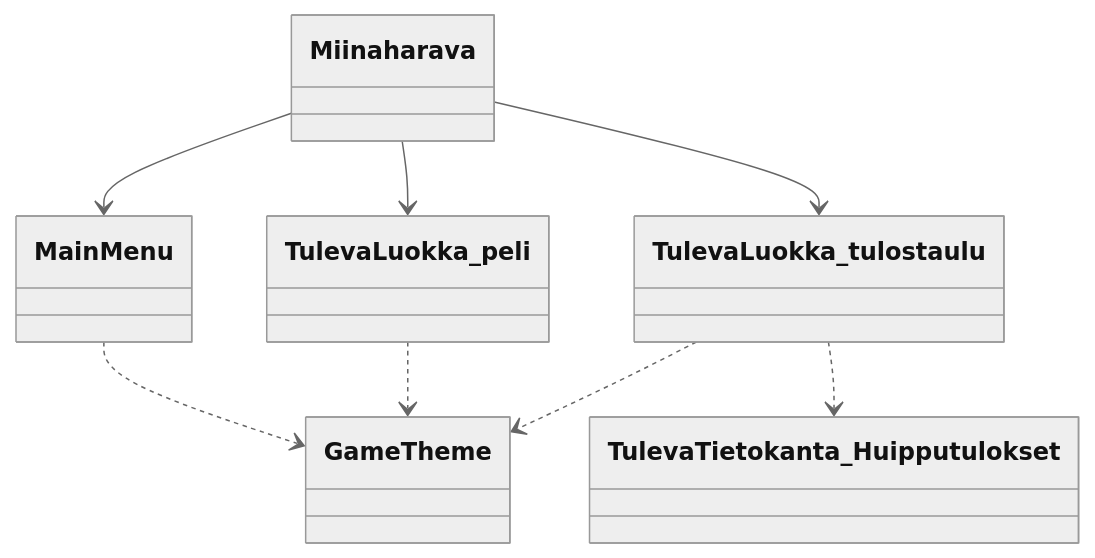
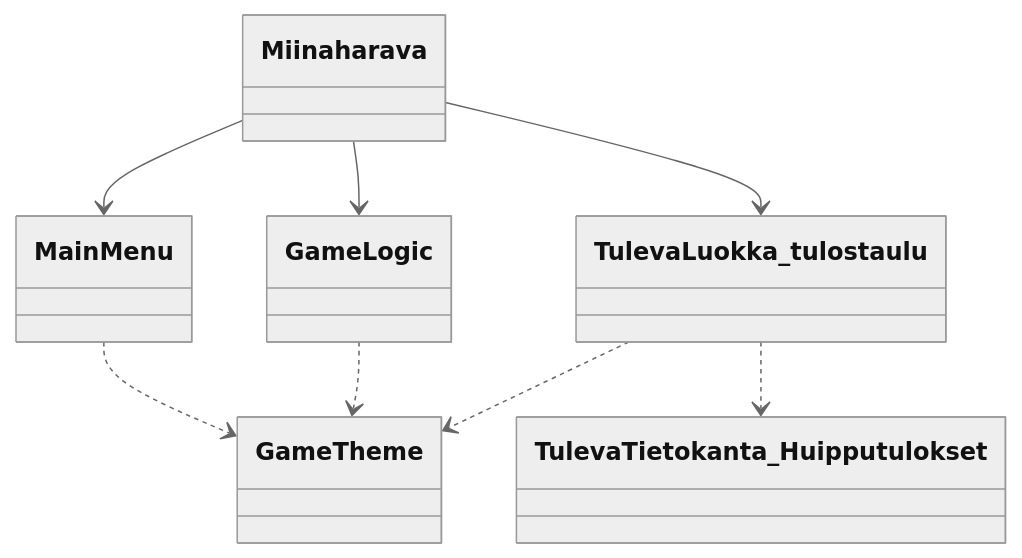
The first of 2 diagrams in Projekti_miinaharava/Dokumentaatio/arkkitehtuurikuvaus.md (EliasTHelsinginYliopisto/ot-harjoitustyo), drawn with Mermaid (neutral theme) before and after one commit. The commit also changed other lines of this file and 10 other files, not shown here.

````diff
--- a/Projekti_miinaharava/Dokumentaatio/arkkitehtuurikuvaus.md
+++ b/Projekti_miinaharava/Dokumentaatio/arkkitehtuurikuvaus.md
@@ -5,14 +5,14 @@
 ```mermaid
 classDiagram
     class Miinaharava
     class MainMenu
     class GameTheme
 
     Miinaharava --> MainMenu
     MainMenu ..> GameTheme
-    Miinaharava --> TulevaLuokka_peli
-    TulevaLuokka_peli ..> GameTheme
+    Miinaharava --> GameLogic
+    GameLogic ..> GameTheme
     TulevaLuokka_tulostaulu ..> GameTheme
     TulevaLuokka_tulostaulu ..> TulevaTietokanta_Huipputulokset
     Miinaharava --> TulevaLuokka_tulostaulu
 ```
````
